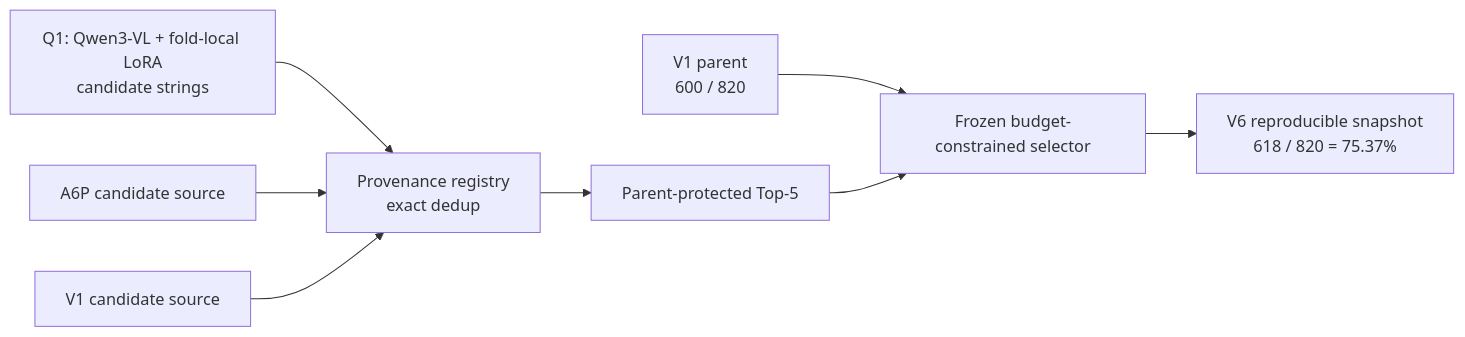
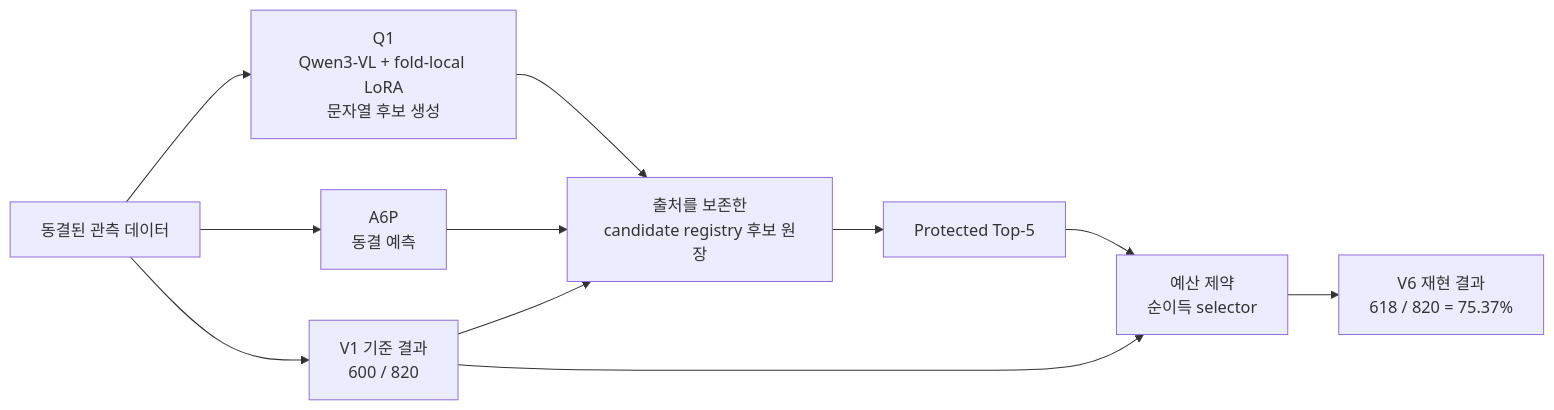
The second of 2 diagrams in README.md (universefreedom/fuzzy), drawn with Mermaid before and after one commit. The commit also changed other lines of this file and 9 other files, not shown here.

````diff
--- a/README.md
+++ b/README.md
@@ -43,13 +53,21 @@
 ```mermaid
 flowchart LR
-    Q[Q1: Qwen3-VL + fold-local LoRA<br/>candidate strings]
-    A[A6P candidate source]
-    V[V1 candidate source]
-    Q --> R[Provenance registry<br/>exact dedup]
+    O[동결된 관측 데이터]
+    Q[Q1<br/>Qwen3-VL + fold-local LoRA<br/>문자열 후보 생성]
+    A[A6P<br/>동결 예측]
+    V[V1 기준 결과<br/>600 / 820]
+    R[출처를 보존한<br/>candidate registry 후보 원장]
+    T[Protected Top-5]
+    S[예산 제약<br/>순이득 selector]
+    X[V6 재현 결과<br/>618 / 820 = 75.37%]
+    O --> Q
+    O --> A
+    O --> V
+    Q --> R
     A --> R
     V --> R
-    R --> T[Parent-protected Top-5]
-    P[V1 parent<br/>600 / 820] --> S[Frozen budget-constrained selector]
+    R --> T
     T --> S
-    S --> Z[V6 reproducible snapshot<br/>618 / 820 = 75.37%]
+    V --> S
+    S --> X
 ```
````
